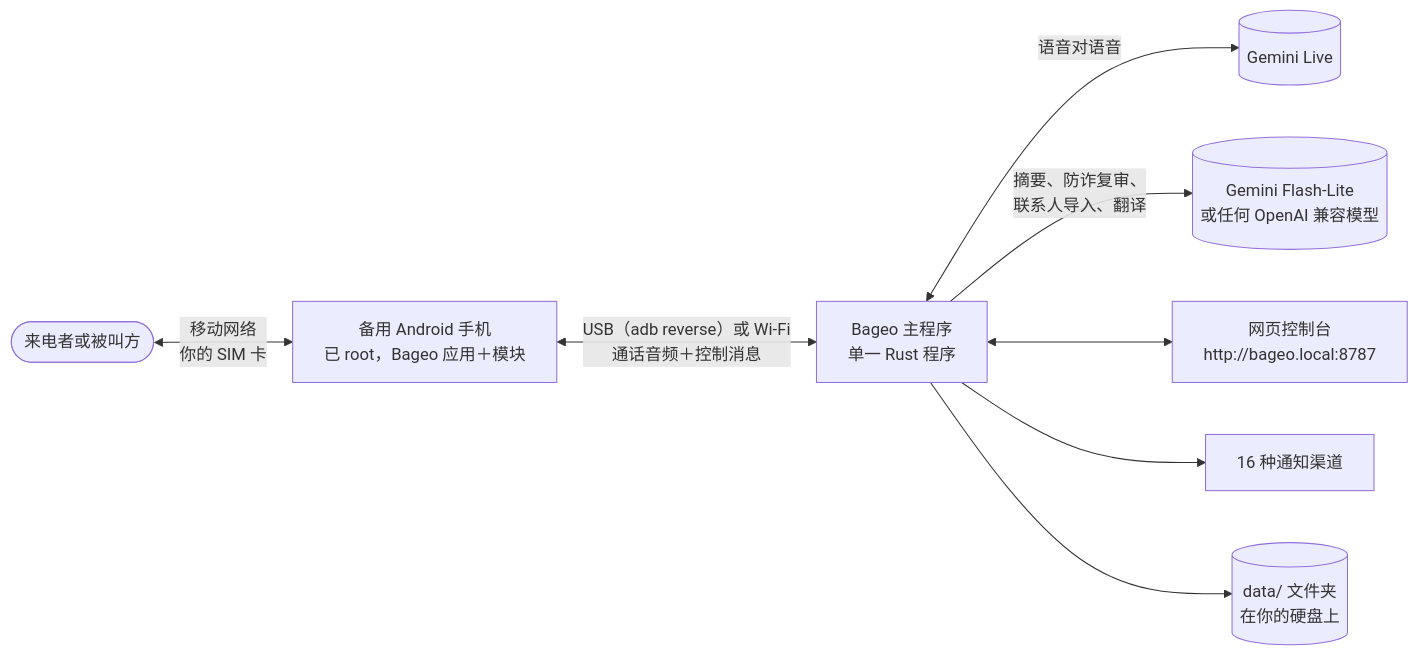
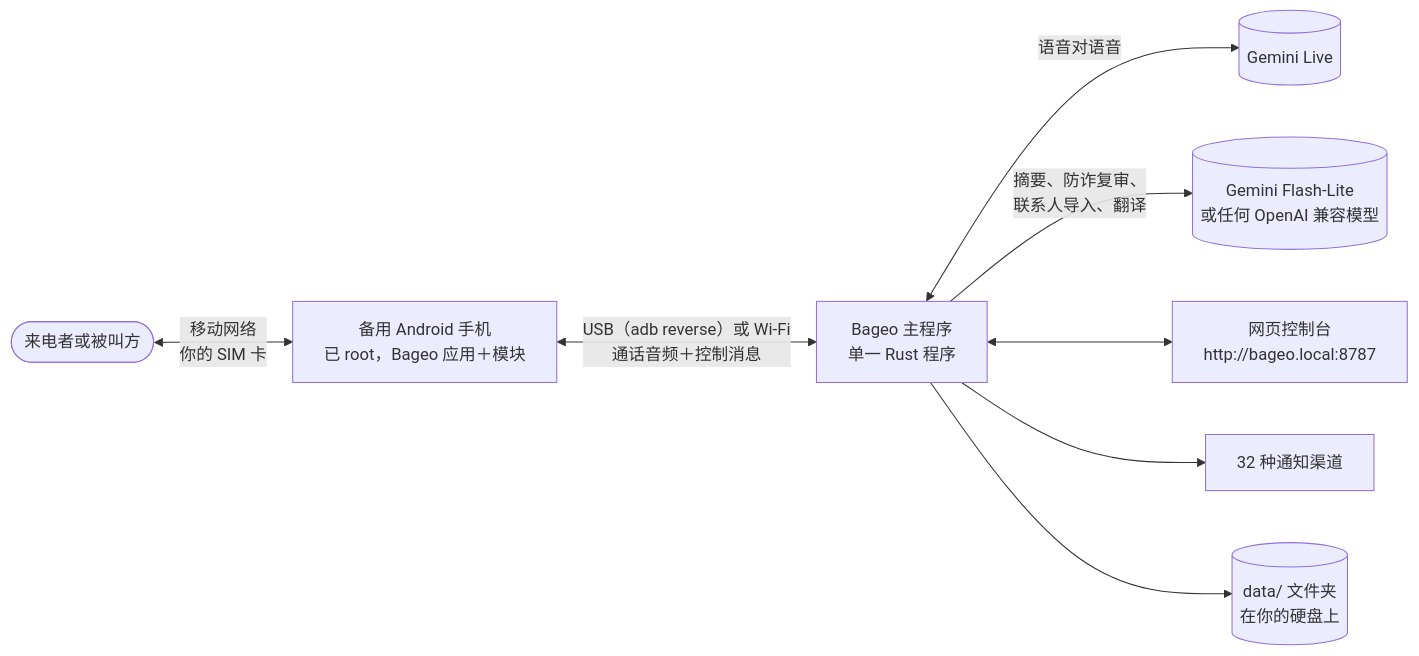
Before and after one commit to h4lo-void/bageo-call: the diagram in README.zh-CN.md, drawn with Mermaid. The commit also changed other lines of this file and 17 other files, not shown here.

````diff
--- a/README.zh-CN.md
+++ b/README.zh-CN.md
@@ -67,10 +67,10 @@
 ```mermaid
 flowchart LR
     other(["来电者或被叫方"]) <-- "移动网络<br/>你的 SIM 卡" --> phone["备用 Android 手机<br/>已 root，Bageo 应用＋模块"]
     phone <-- "USB（adb reverse）或 Wi-Fi<br/>通话音频＋控制消息" --> agent["Bageo 主程序<br/>单一 Rust 程序"]
     agent <-- "语音对语音" --> gemini[("Gemini Live")]
     agent -- "摘要、防诈复审、<br/>联系人导入、翻译" --> lite[("Gemini Flash-Lite<br/>或任何 OpenAI 兼容模型")]
     agent <--> console["网页控制台<br/>http://bageo.local:8787"]
-    agent --> notify["16 种通知渠道"]
+    agent --> notify["32 种通知渠道"]
     agent --> data[("data/ 文件夹<br/>在你的硬盘上")]
 ```
````
